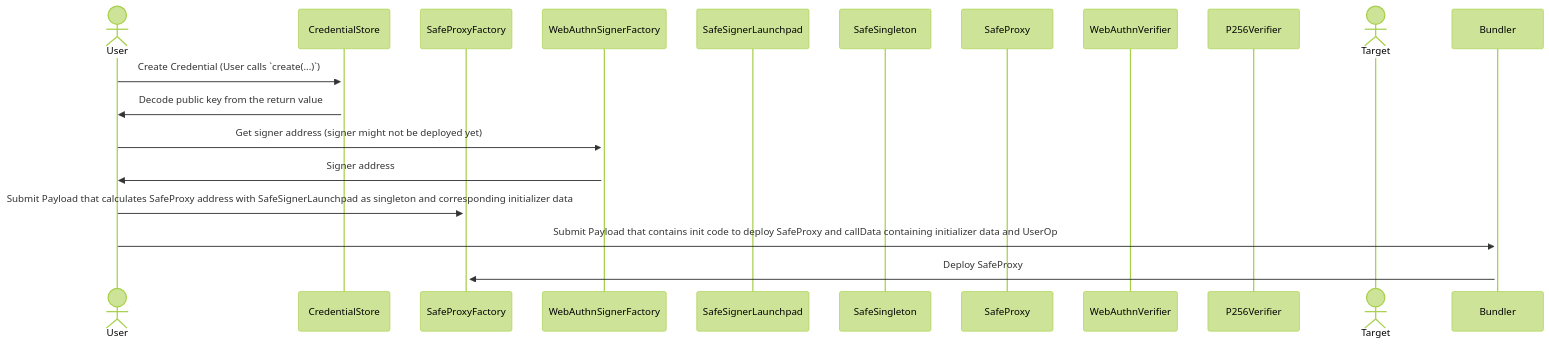
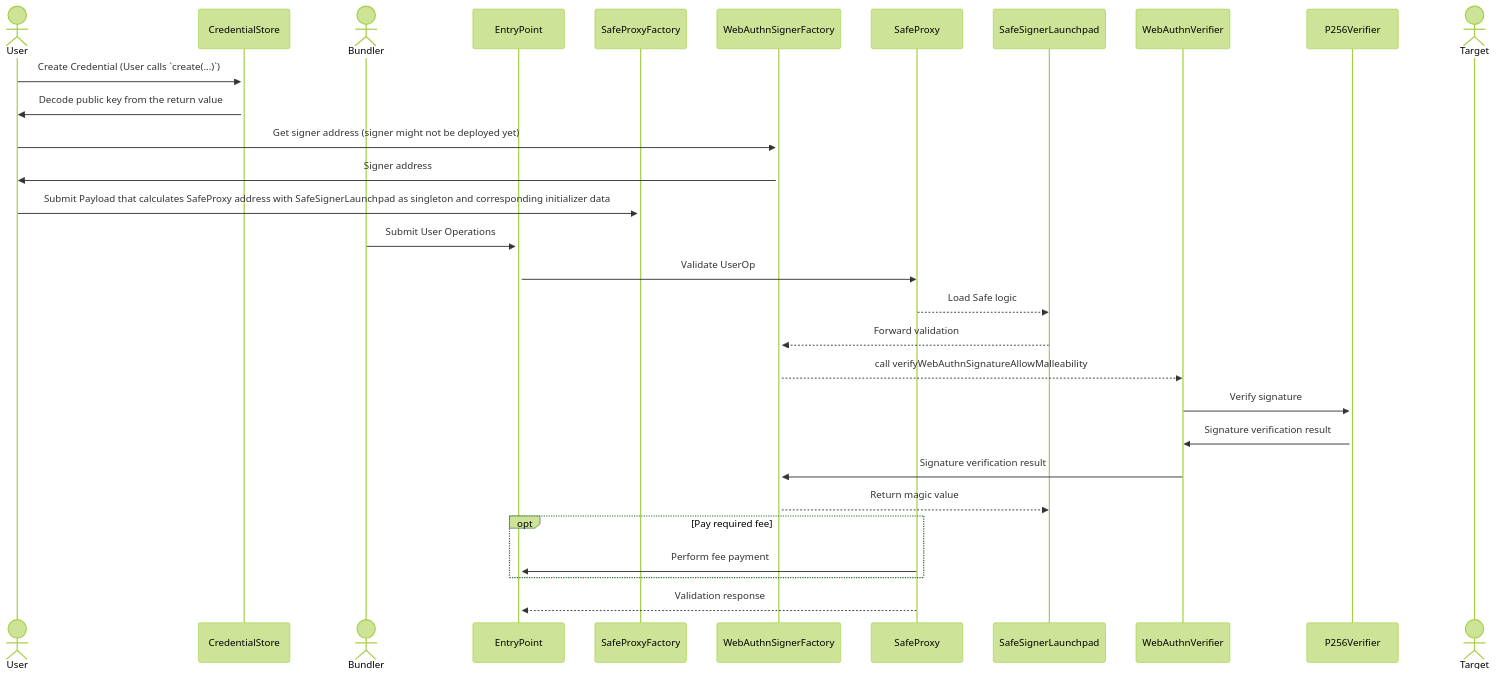
The diagram in modules/passkey/README.md (safe-global/safe-modules), drawn with Mermaid (forest theme) before and after one commit.

Commit message:
[#293] Document validation flow for pass key

````diff
--- a/modules/passkey/README.md
+++ b/modules/passkey/README.md
@@ -7,22 +7,34 @@
 ```mermaid
 sequenceDiagram
 actor U as User
 participant CS as CredentialStore
+actor B as Bundler
+participant EP as EntryPoint
 participant SPF as SafeProxyFactory
 participant WASF as WebAuthnSignerFactory
+participant SP as SafeProxy
 participant SSL as SafeSignerLaunchpad
-participant SS as SafeSingleton
-participant SP as SafeProxy
 participant WAV as WebAuthnVerifier
 participant PV as P256Verifier
 actor T as Target
 
 U->>+CS: Create Credential (User calls `create(...)`)
 CS->>U: Decode public key from the return value
-U->>+WASF: Get signer address (signer might not be deployed yet) 
+U->>+WASF: Get signer address (signer might not be deployed yet)
 WASF->>U: Signer address
 U->>+SPF: Submit Payload that calculates SafeProxy address with SafeSignerLaunchpad as singleton and corresponding initializer data
-U->>+Bundler: Submit Payload that contains init code to deploy SafeProxy and callData containing initializer data and UserOp
-Bundler->>SPF: Deploy SafeProxy
+B->>+EP: Submit User Operations
+EP->>SP: Validate UserOp
+SP-->>SSL: Load Safe logic
+SSL-->>WASF: Forward validation
+WASF-->>WAV: call verifyWebAuthnSignatureAllowMalleability
+WAV->>+PV: Verify signature
+PV->>WAV: Signature verification result
+WAV->>WASF: Signature verification result
+WASF-->>SSL: Return magic value
+    opt Pay required fee
+        SP->>EP: Perform fee payment
+    end
+SP-->>EP: Validation response
 
 ```
````
